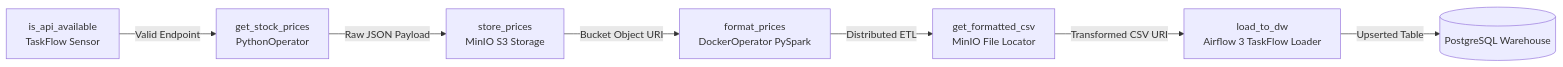
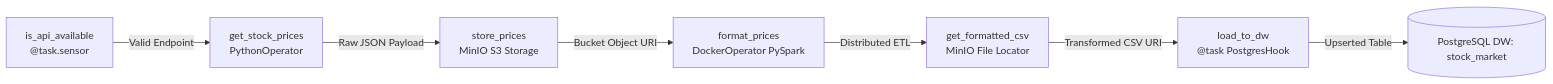
One commit to Sohila-Khaled-Abbas/apache-airflow-data-pipelines changed the second of 3 diagrams in docs/architecture.md. Above: the diagram before and after it, drawn with Mermaid. The commit also changed other lines of this file and 27 other files, not shown here.

````diff
--- a/docs/architecture.md
+++ b/docs/architecture.md
@@ -49,9 +52,9 @@
 ```mermaid
 flowchart LR
-    A[is_api_available<br/>TaskFlow Sensor] -->|Valid Endpoint| B[get_stock_prices<br/>PythonOperator]
-    B -->|Raw JSON Payload| C[store_prices<br/>MinIO S3 Storage]
-    C -->|Bucket Object URI| D[format_prices<br/>DockerOperator PySpark]
-    D -->|Distributed ETL| E[get_formatted_csv<br/>MinIO File Locator]
-    E -->|Transformed CSV URI| F[load_to_dw<br/>Airflow 3 TaskFlow Loader]
-    F -->|Upserted Table| G[(PostgreSQL Warehouse)]
+    A["is_api_available<br/>@task.sensor"] -->|Valid Endpoint| B["get_stock_prices<br/>PythonOperator"]
+    B -->|Raw JSON Payload| C["store_prices<br/>MinIO S3 Storage"]
+    C -->|Bucket Object URI| D["format_prices<br/>DockerOperator PySpark"]
+    D -->|Distributed ETL| E["get_formatted_csv<br/>MinIO File Locator"]
+    E -->|Transformed CSV URI| F["load_to_dw<br/>@task PostgresHook"]
+    F -->|Upserted Table| G[("PostgreSQL DW: stock_market")]
 ```
````
